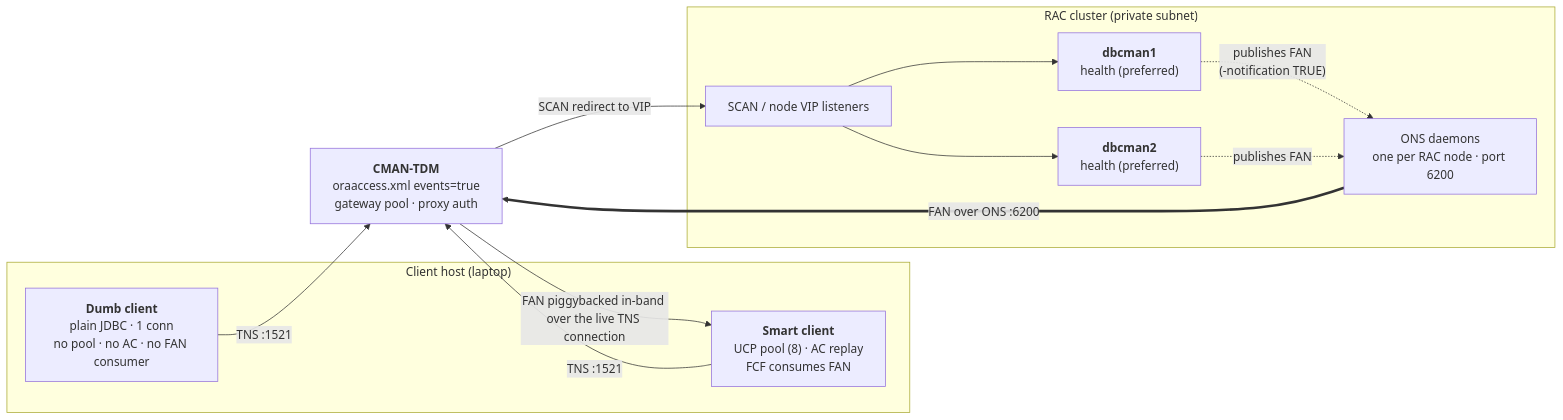
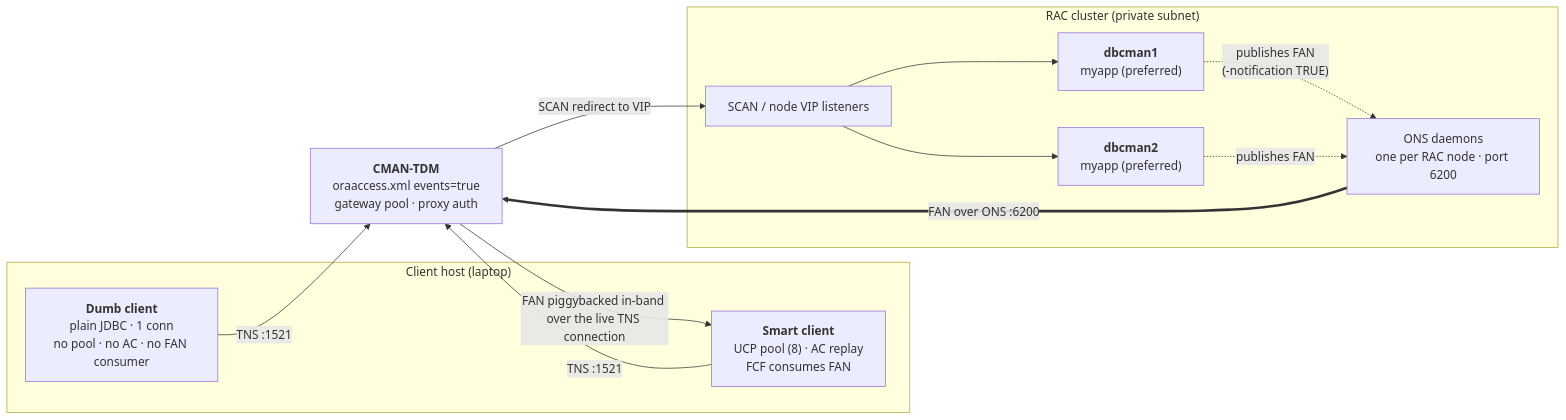
One commit to vmleon/oracle-database-cman changed the first of 3 diagrams in CONTINUITY.md. Above: the diagram before and after it, drawn with Mermaid. The commit also changed other lines of this file and 7 other files, not shown here.

Commit message:
refactor: rename database service health to myapp

````diff
--- a/CONTINUITY.md
+++ b/CONTINUITY.md
@@ -25,26 +25,26 @@
 ```mermaid
 flowchart LR
   subgraph laptop["Client host (laptop)"]
     dumb["<b>Dumb client</b><br/>plain JDBC · 1 conn<br/>no pool · no AC · no FAN consumer"]
     smart["<b>Smart client</b><br/>UCP pool (8) · AC replay<br/>FCF consumes FAN"]
   end
 
   cman["<b>CMAN-TDM</b><br/>oraaccess.xml events=true<br/>gateway pool · proxy auth"]
 
   subgraph cluster["RAC cluster (private subnet)"]
     scan["SCAN / node VIP listeners"]
-    n1["<b>dbcman1</b><br/>health (preferred)"]
-    n2["<b>dbcman2</b><br/>health (preferred)"]
+    n1["<b>dbcman1</b><br/>myapp (preferred)"]
+    n2["<b>dbcman2</b><br/>myapp (preferred)"]
     ons["ONS daemons<br/>one per RAC node · port 6200"]
   end
 
   dumb -- "TNS :1521" --> cman
   smart -- "TNS :1521" --> cman
   cman -- "SCAN redirect to VIP" --> scan
   scan --> n1
   scan --> n2
   n1 -. "publishes FAN<br/>(-notification TRUE)" .-> ons
   n2 -. "publishes FAN" .-> ons
   ons == "FAN over ONS :6200" ==> cman
   cman -- "FAN piggybacked in-band over the live TNS connection" --> smart
 ```
````
